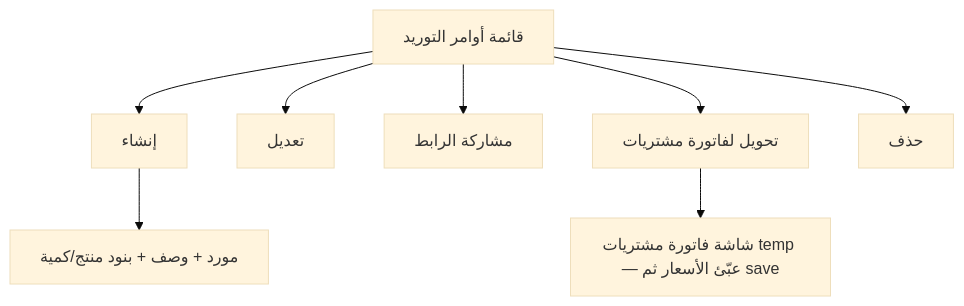
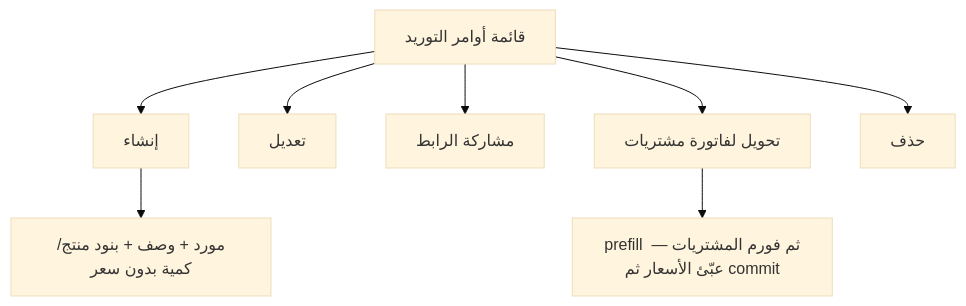
One commit to mybeesys/my-bee changed the diagram in docs/supply-orders-api-spec.md. Above: the diagram before and after it, drawn with Mermaid (base theme). The commit also changed other lines of this file and 11 other files, not shown here.

````diff
--- a/docs/supply-orders-api-spec.md
+++ b/docs/supply-orders-api-spec.md
@@ -53,10 +70,10 @@
 ```mermaid
 flowchart TD
     A[قائمة أوامر التوريد] --> B[إنشاء]
     A --> C[تعديل]
     A --> D[مشاركة الرابط]
     A --> E[تحويل لفاتورة مشتريات]
     A --> F[حذف]
-    B --> G[مورد + وصف + بنود منتج/كمية]
-    E --> H[شاشة فاتورة مشتريات temp — عبّئ الأسعار ثم save]
+    B --> G[مورد + وصف + بنود منتج/كمية بدون سعر]
+    E --> H[prefill ثم فورم المشتريات — عبّئ الأسعار ثم commit]
 ```
````
